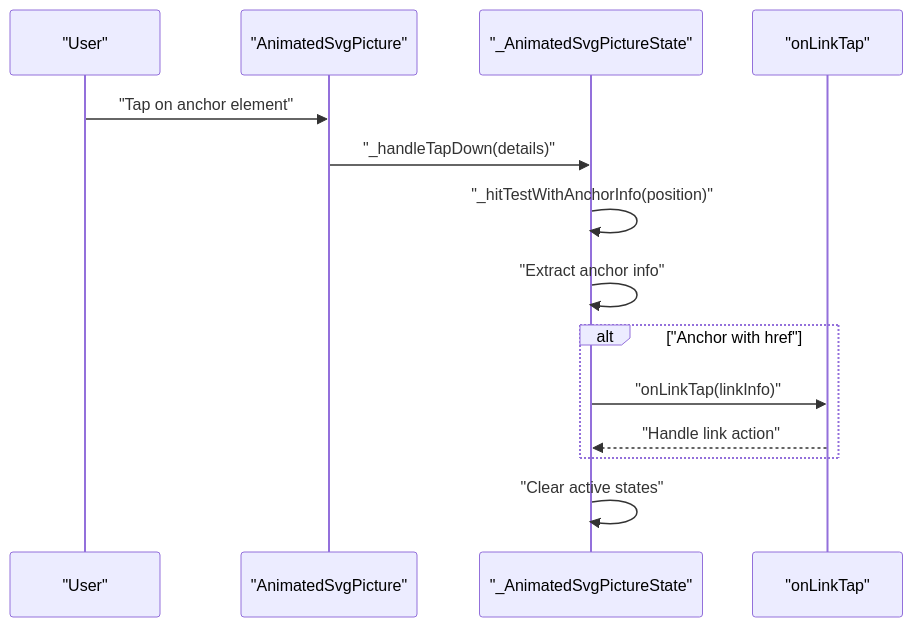
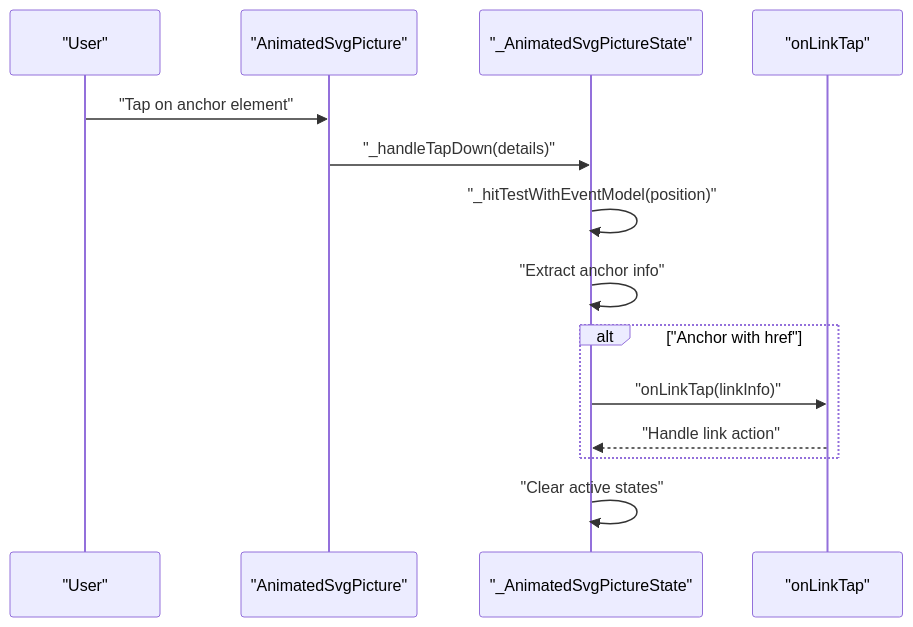
Before and after one commit to denisnadey/flutter_full_svg_support: diagram 15 of 18 in .qoder/repowiki/en/content/Advanced Features/Interactive SVG Elements.md, drawn with Mermaid. The commit also changed other lines of this file and 20 other files, not shown here.

````diff
--- a/.qoder/repowiki/en/content/Advanced Features/Interactive SVG Elements.md
+++ b/.qoder/repowiki/en/content/Advanced Features/Interactive SVG Elements.md
@@ -574,16 +695,16 @@
 ```mermaid
 sequenceDiagram
 participant User as "User"
 participant Widget as "AnimatedSvgPicture"
 participant State as "_AnimatedSvgPictureState"
 participant Callback as "onLinkTap"
 User->>Widget : "Tap on anchor element"
 Widget->>State : "_handleTapDown(details)"
-State->>State : "_hitTestWithAnchorInfo(position)"
+State->>State : "_hitTestWithEventModel(position)"
 State->>State : "Extract anchor info"
 alt "Anchor with href"
 State->>Callback : "onLinkTap(linkInfo)"
 Callback-->>State : "Handle link action"
 end
 State->>State : "Clear active states"
 ```
````
